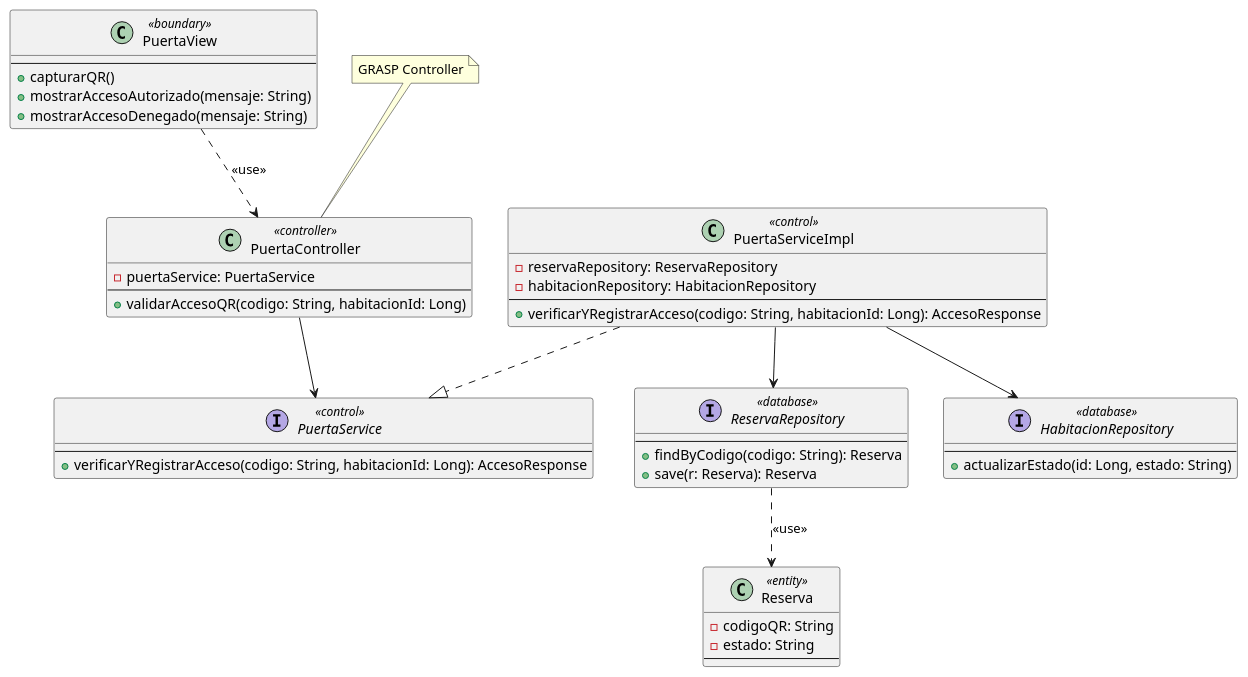
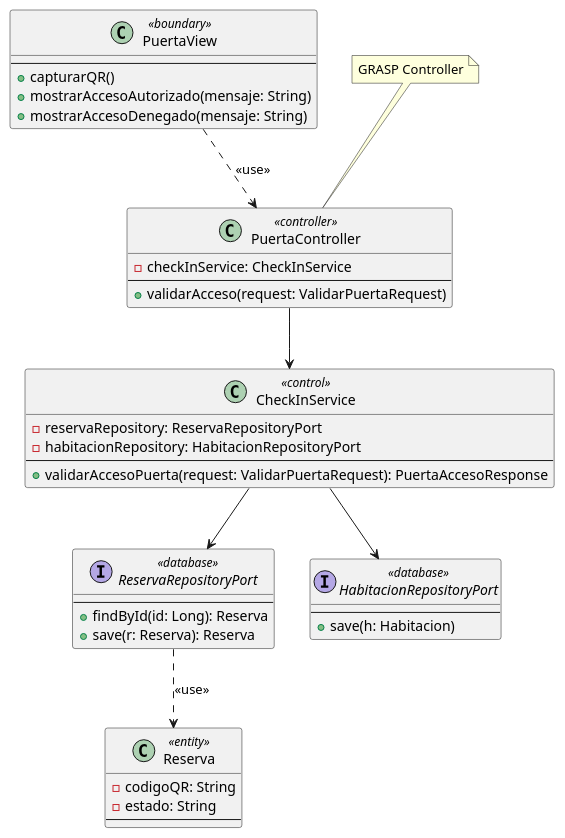
One commit to Tsmrain/GestionSistemas changed diagram 22 of 36 in RefactorV4.md. Above: the diagram before and after it, drawn with PlantUML. The commit also changed other lines of this file and 1 other file, not shown here.

Commit message:
feat: add ventas_insumos table and refactor PuertaController to CheckInService

````diff
--- a/RefactorV4.md
+++ b/RefactorV4.md
@@ -1264,46 +1264,41 @@
 ```plantuml
 @startuml
 class PuertaView <<boundary>> {
   --
   +capturarQR()
   +mostrarAccesoAutorizado(mensaje: String)
   +mostrarAccesoDenegado(mensaje: String)
 }
 class PuertaController <<controller>> {
-  -puertaService: PuertaService
+  -checkInService: CheckInService
   --
-  +validarAccesoQR(codigo: String, habitacionId: Long)
+  +validarAcceso(request: ValidarPuertaRequest)
 }
-interface PuertaService <<control>> {
+class CheckInService <<control>> {
+  -reservaRepository: ReservaRepositoryPort
+  -habitacionRepository: HabitacionRepositoryPort
   --
-  +verificarYRegistrarAcceso(codigo: String, habitacionId: Long): AccesoResponse
-}
-class PuertaServiceImpl <<control>> {
-  -reservaRepository: ReservaRepository
-  -habitacionRepository: HabitacionRepository
-  --
-  +verificarYRegistrarAcceso(codigo: String, habitacionId: Long): AccesoResponse
+  +validarAccesoPuerta(request: ValidarPuertaRequest): PuertaAccesoResponse
 }
 class Reserva <<entity>> {
   -codigoQR: String
   -estado: String
   --
 }
-interface ReservaRepository <<database>> {
+interface ReservaRepositoryPort <<database>> {
   --
-  +findByCodigo(codigo: String): Reserva
+  +findById(id: Long): Reserva
   +save(r: Reserva): Reserva
 }
-interface HabitacionRepository <<database>> {
+interface HabitacionRepositoryPort <<database>> {
   --
-  +actualizarEstado(id: Long, estado: String)
+  +save(h: Habitacion)
 }
 PuertaView ..> PuertaController : <<use>>
-PuertaController --> PuertaService
-PuertaServiceImpl ..|> PuertaService
-PuertaServiceImpl --> ReservaRepository
-PuertaServiceImpl --> HabitacionRepository
-ReservaRepository ..> Reserva : <<use>>
+PuertaController --> CheckInService
+CheckInService --> ReservaRepositoryPort
+CheckInService --> HabitacionRepositoryPort
+ReservaRepositoryPort ..> Reserva : <<use>>
 note top of PuertaController : GRASP Controller
 @enduml
 ```
````
